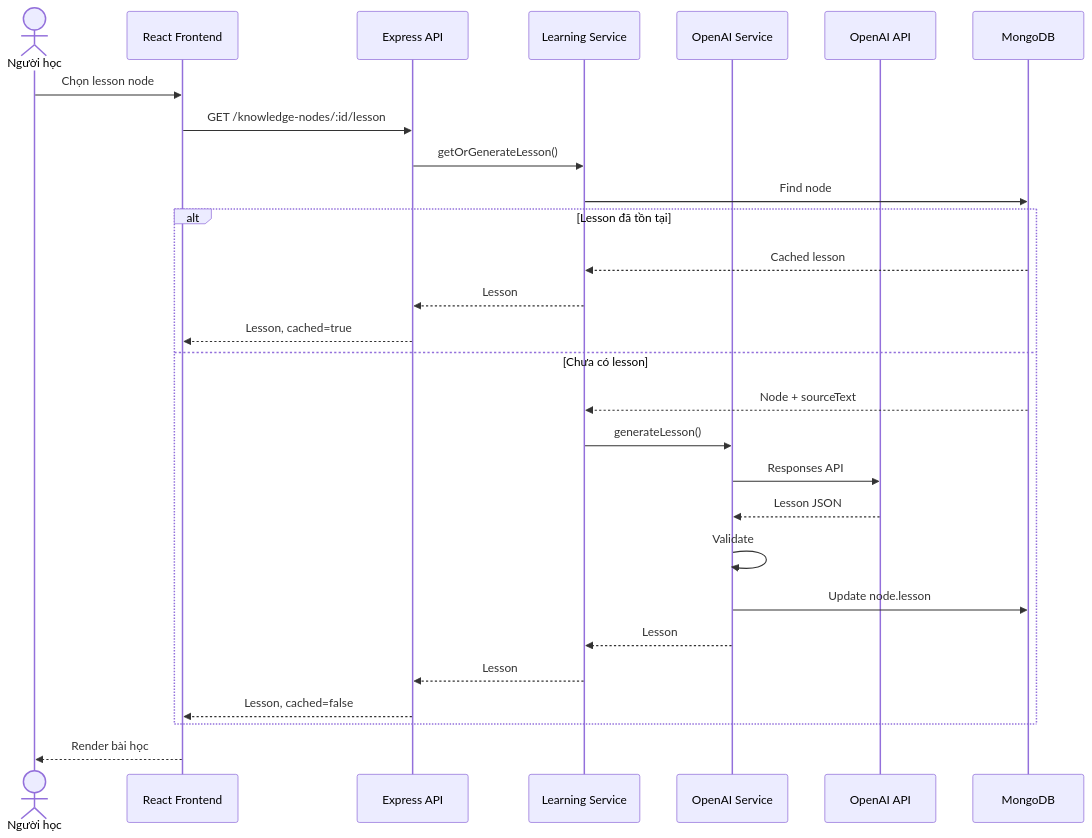
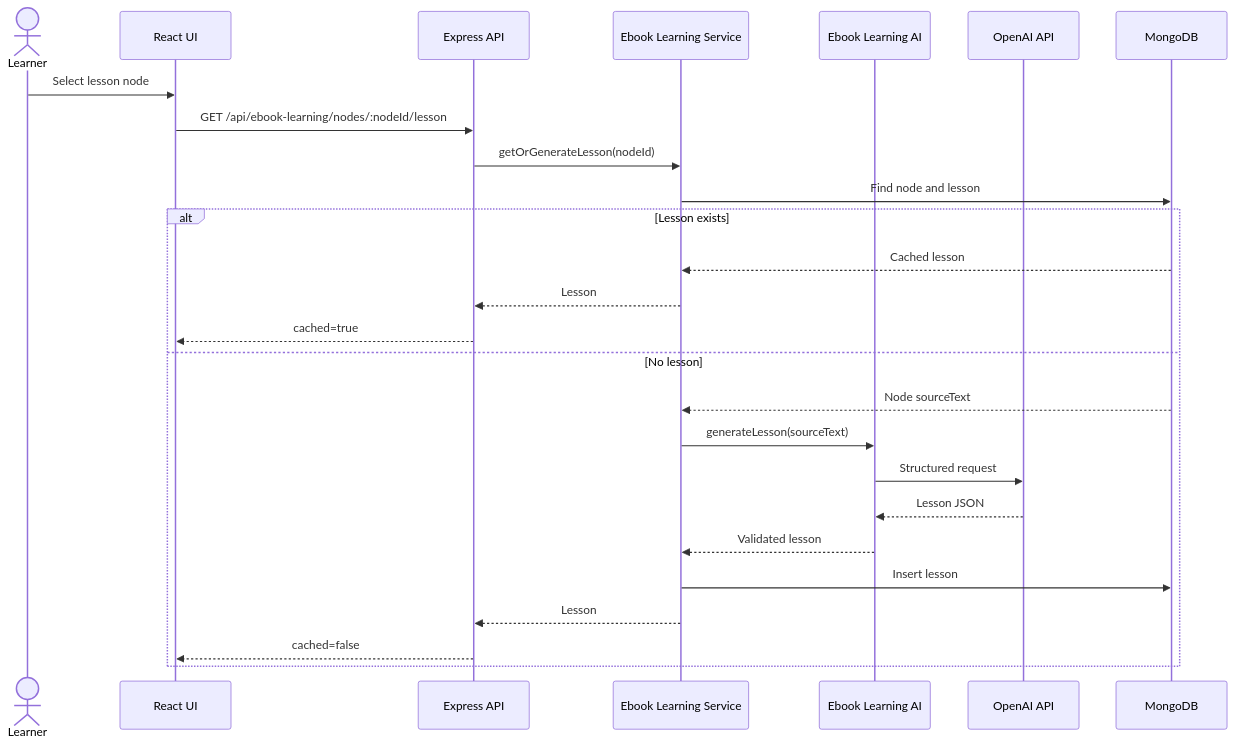
One commit to nguyen-le-huy/meomeo changed the fourth of 5 diagrams in docs/02_PHAN_TICH_VA_THIET_KE_HE_THONG.md. Above: the diagram before and after it, drawn with Mermaid. The commit also changed other lines of this file and 4 other files, not shown here.

````diff
--- a/docs/02_PHAN_TICH_VA_THIET_KE_HE_THONG.md
+++ b/docs/02_PHAN_TICH_VA_THIET_KE_HE_THONG.md
@@ -334,33 +348,30 @@
 ```mermaid
 sequenceDiagram
-    actor Learner as Người học
-    participant UI as React Frontend
+    actor Learner
+    participant UI as React UI
     participant API as Express API
-    participant Service as Learning Service
-    participant AI as OpenAI Service
+    participant Service as Ebook Learning Service
+    participant AI as Ebook Learning AI
     participant OAI as OpenAI API
     participant DB as MongoDB
 
-    Learner->>UI: Chọn lesson node
-    UI->>API: GET /knowledge-nodes/:id/lesson
-    API->>Service: getOrGenerateLesson()
-    Service->>DB: Find node
+    Learner->>UI: Select lesson node
+    UI->>API: GET /api/ebook-learning/nodes/:nodeId/lesson
+    API->>Service: getOrGenerateLesson(nodeId)
+    Service->>DB: Find node and lesson
 
-    alt Lesson đã tồn tại
+    alt Lesson exists
         DB-->>Service: Cached lesson
         Service-->>API: Lesson
-        API-->>UI: Lesson, cached=true
-    else Chưa có lesson
-        DB-->>Service: Node + sourceText
-        Service->>AI: generateLesson()
-        AI->>OAI: Responses API
+        API-->>UI: cached=true
+    else No lesson
+        DB-->>Service: Node sourceText
+        Service->>AI: generateLesson(sourceText)
+        AI->>OAI: Structured request
         OAI-->>AI: Lesson JSON
-        AI->>AI: Validate
-        AI->>DB: Update node.lesson
-        AI-->>Service: Lesson
+        AI-->>Service: Validated lesson
+        Service->>DB: Insert lesson
         Service-->>API: Lesson
-        API-->>UI: Lesson, cached=false
+        API-->>UI: cached=false
     end
-
-    UI-->>Learner: Render bài học
 ```
````
